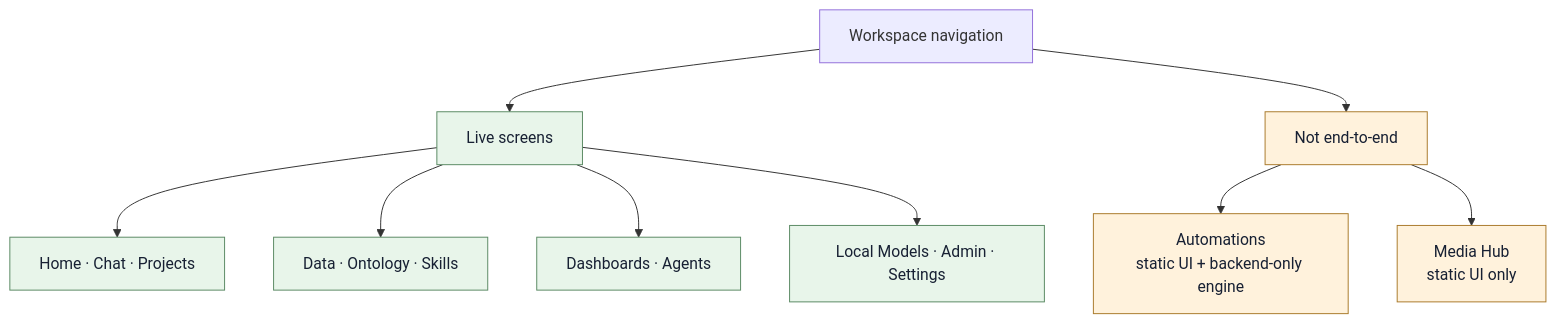
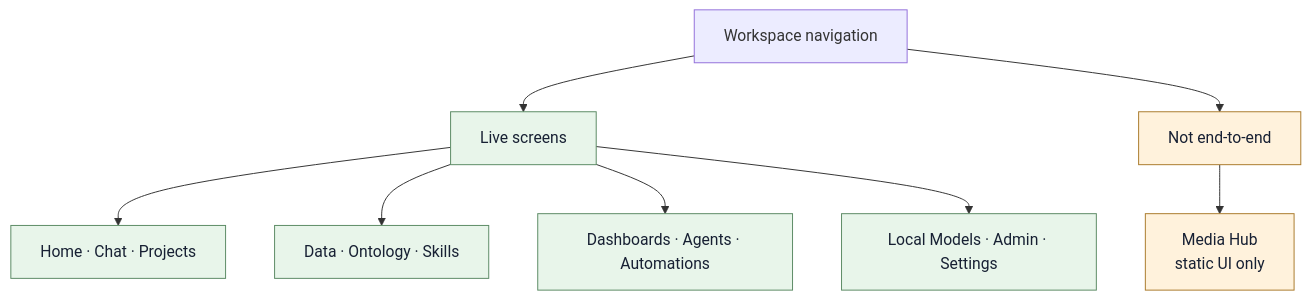
The fourth of 21 diagrams in ARCHITECTURE.md (zaidt156/Orrery), drawn with Mermaid before and after one commit. The commit also changed other lines of this file and 11 other files, not shown here.

````diff
--- a/ARCHITECTURE.md
+++ b/ARCHITECTURE.md
@@ -130,19 +130,18 @@
 ```mermaid
 flowchart TB
     shell["Workspace navigation"]
 
     shell --> live["Live screens"]
     live --> l1["Home · Chat · Projects"]
     live --> l2["Data · Ontology · Skills"]
-    live --> l3["Dashboards · Agents"]
+    live --> l3["Dashboards · Agents · Automations"]
     live --> l4["Local Models · Admin · Settings"]
 
     shell --> partial["Not end-to-end"]
-    partial --> a["Automations<br/>static UI + backend-only engine"]
     partial --> m["Media Hub<br/>static UI only"]
 
     classDef liveStyle fill:#e8f5ea,stroke:#5b8a64,color:#172033;
     classDef partialStyle fill:#fff2dc,stroke:#aa7b2c,color:#172033;
     class live,l1,l2,l3,l4 liveStyle;
-    class partial,a,m partialStyle;
+    class partial,m partialStyle;
 ```
````
